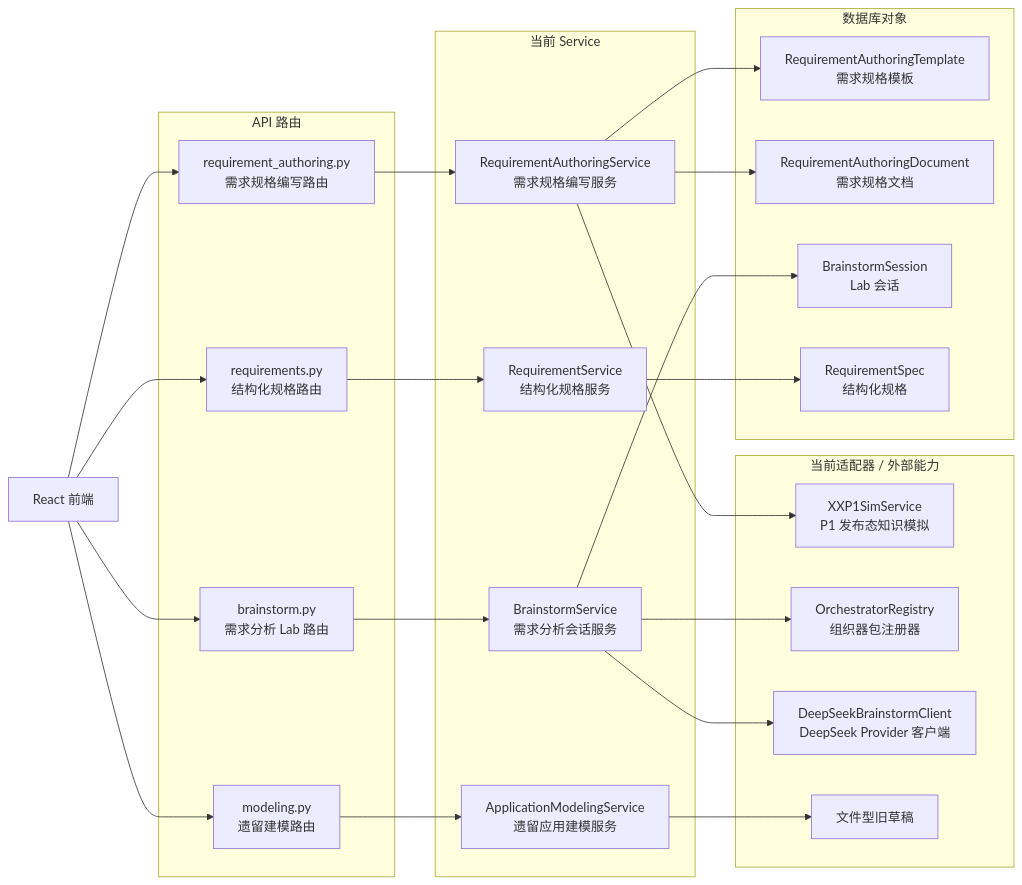
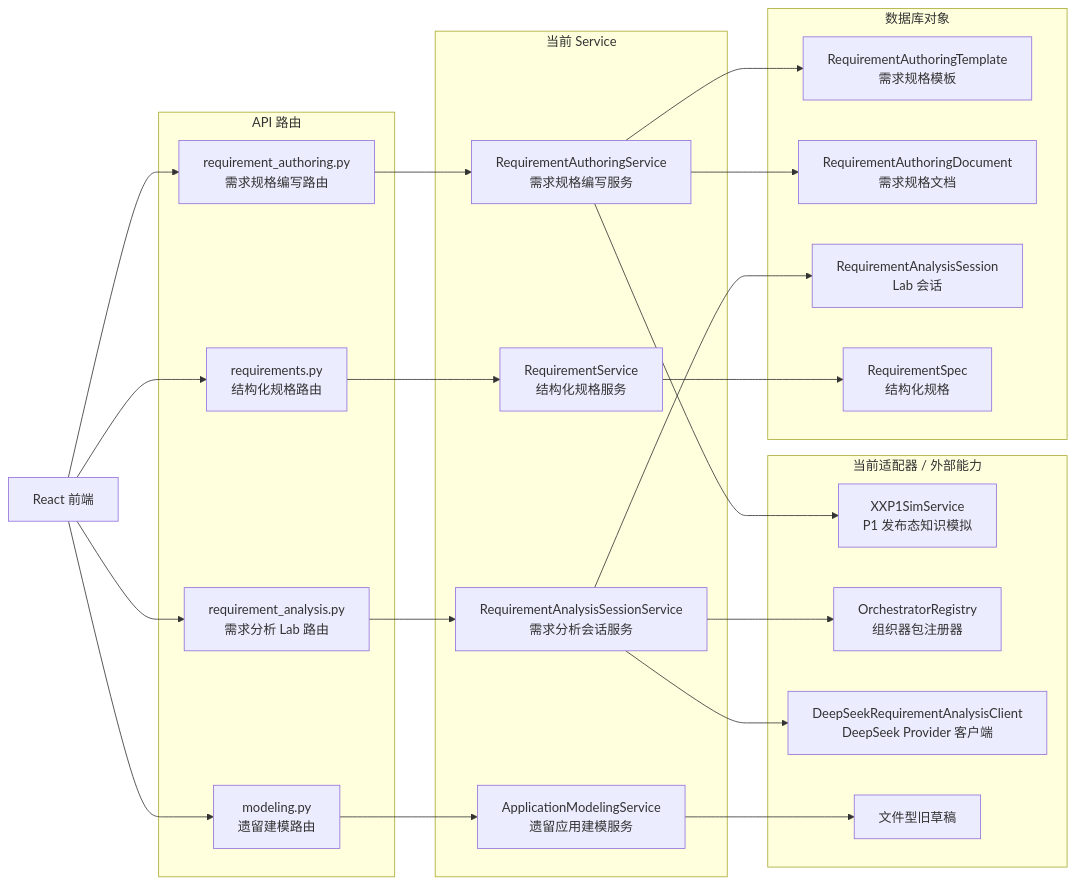
One commit to wgwtest/CodeFactoryV2 changed the diagram in DOC/CODEX_DOC/02_设计说明/P2_需求分析系统/P2-需求分析系统现状到目标架构重构说明.md. Above: the diagram before and after it, drawn with Mermaid. The commit also changed other lines of this file and 68 other files, not shown here.

Commit message:
refactor p2 requirement analysis naming

````diff
--- a/DOC/CODEX_DOC/02_设计说明/P2_需求分析系统/P2-需求分析系统现状到目标架构重构说明.md
+++ b/DOC/CODEX_DOC/02_设计说明/P2_需求分析系统/P2-需求分析系统现状到目标架构重构说明.md
@@ -44,47 +44,47 @@
 ```mermaid
 flowchart LR
   Web["React 前端"]
 
   subgraph Routes["API 路由"]
     RAuthoring["requirement_authoring.py<br/>需求规格编写路由"]
-    RBrainstorm["brainstorm.py<br/>需求分析 Lab 路由"]
+    RAnalysis["requirement_analysis.py<br/>需求分析 Lab 路由"]
     RRequirements["requirements.py<br/>结构化规格路由"]
     RModeling["modeling.py<br/>遗留建模路由"]
   end
 
   subgraph Services["当前 Service"]
     SAuthoring["RequirementAuthoringService<br/>需求规格编写服务"]
-    SBrainstorm["BrainstormService<br/>需求分析会话服务"]
+    SAnalysis["RequirementAnalysisSessionService<br/>需求分析会话服务"]
     SRequirements["RequirementService<br/>结构化规格服务"]
     SModeling["ApplicationModelingService<br/>遗留应用建模服务"]
   end
 
   subgraph Adapters["当前适配器 / 外部能力"]
     P1Sim["XXP1SimService<br/>P1 发布态知识模拟"]
     Registry["OrchestratorRegistry<br/>组织器包注册器"]
-    DeepSeek["DeepSeekBrainstormClient<br/>DeepSeek Provider 客户端"]
+    DeepSeek["DeepSeekRequirementAnalysisClient<br/>DeepSeek Provider 客户端"]
     FileDraft["文件型旧草稿"]
   end
 
   subgraph DB["数据库对象"]
     Tpl["RequirementAuthoringTemplate<br/>需求规格模板"]
     Doc["RequirementAuthoringDocument<br/>需求规格文档"]
-    Turn["BrainstormSession<br/>Lab 会话"]
+    Turn["RequirementAnalysisSession<br/>Lab 会话"]
     Spec["RequirementSpec<br/>结构化规格"]
   end
 
   Web --> RAuthoring --> SAuthoring
-  Web --> RBrainstorm --> SBrainstorm
+  Web --> RAnalysis --> SAnalysis
   Web --> RRequirements --> SRequirements
   Web --> RModeling --> SModeling
 
   SAuthoring --> P1Sim
-  SBrainstorm --> Registry
-  SBrainstorm --> DeepSeek
+  SAnalysis --> Registry
+  SAnalysis --> DeepSeek
   SModeling --> FileDraft
 
   SAuthoring --> Tpl
   SAuthoring --> Doc
-  SBrainstorm --> Turn
+  SAnalysis --> Turn
   SRequirements --> Spec
 ```
````
